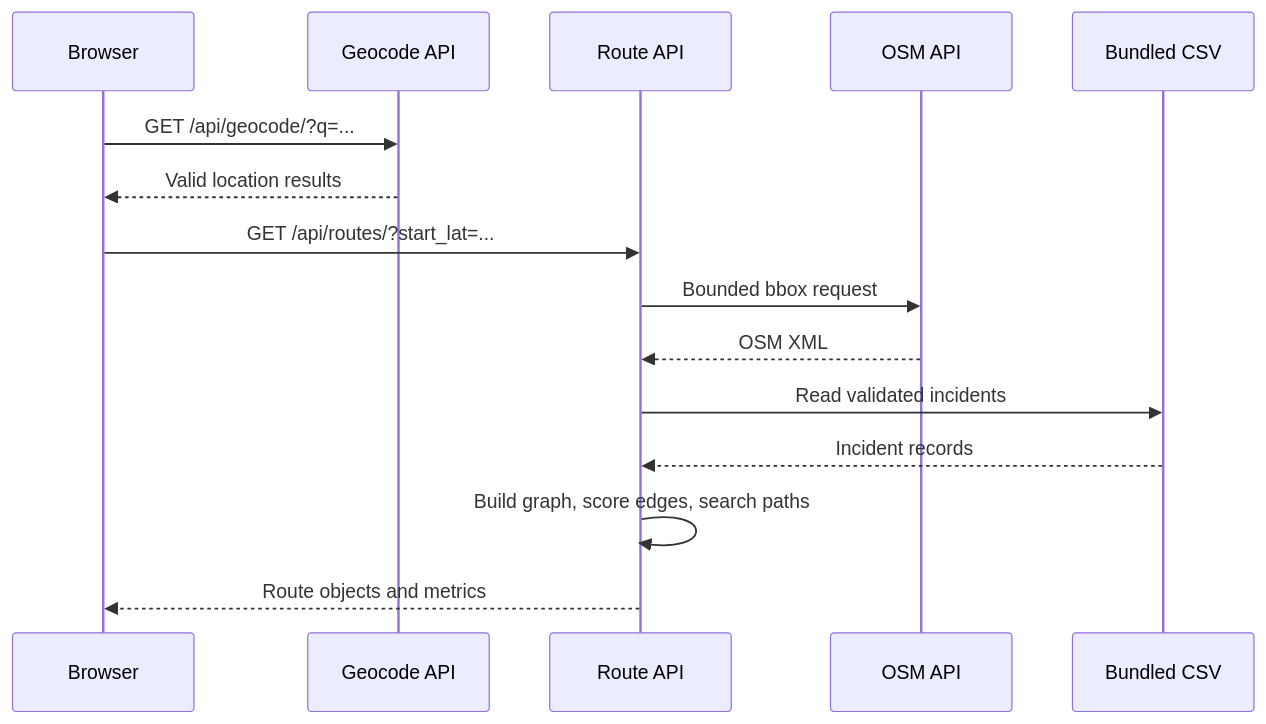
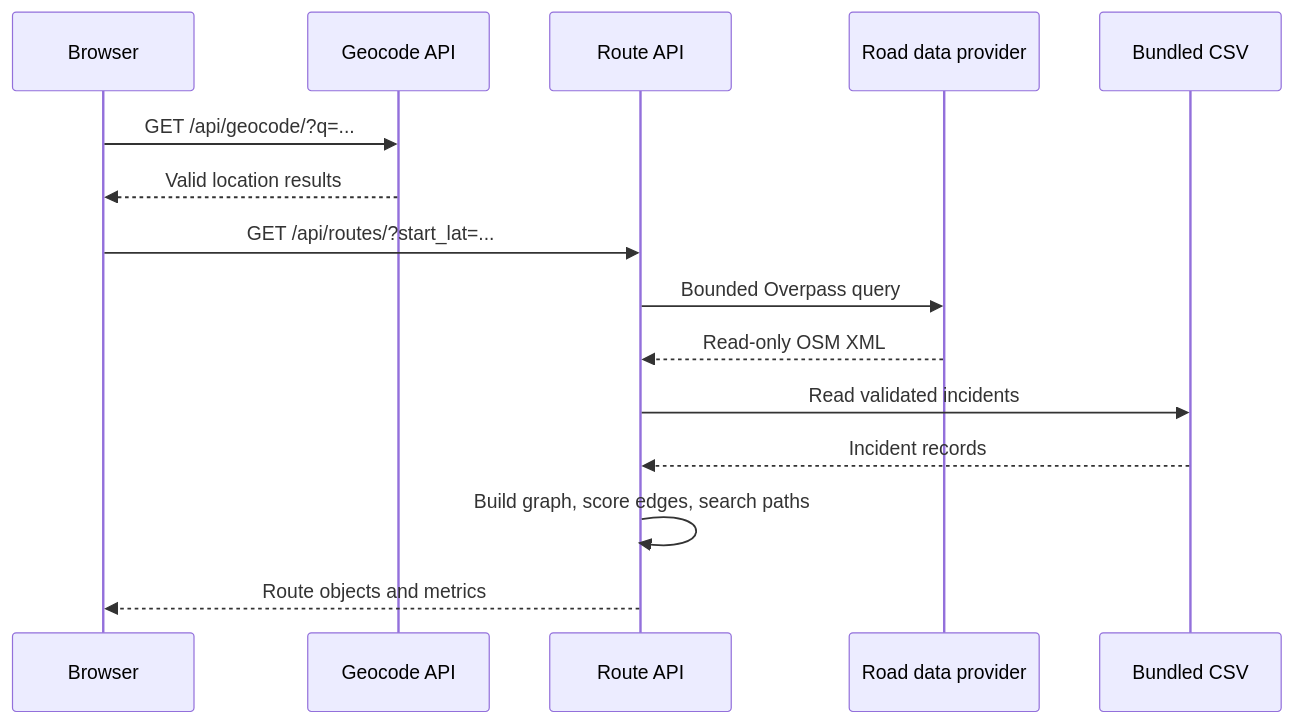
Before and after one commit to K2K22K2K22/SafePath: the fourth of 6 diagrams in docs/ARCHITECTURE.md, drawn with Mermaid. The commit also changed other lines of this file and 12 other files, not shown here.

First line of the commit message:
fix(osm): use a permitted read-only road data source

````diff
--- a/docs/ARCHITECTURE.md
+++ b/docs/ARCHITECTURE.md
@@ -217,18 +217,18 @@
 ```mermaid
 sequenceDiagram
     participant B as Browser
     participant G as Geocode API
     participant R as Route API
-    participant O as OSM API
+    participant O as Road data provider
     participant D as Bundled CSV
 
     B->>G: GET /api/geocode/?q=...
     G-->>B: Valid location results
     B->>R: GET /api/routes/?start_lat=...
-    R->>O: Bounded bbox request
-    O-->>R: OSM XML
+    R->>O: Bounded Overpass query
+    O-->>R: Read-only OSM XML
     R->>D: Read validated incidents
     D-->>R: Incident records
     R->>R: Build graph, score edges, search paths
     R-->>B: Route objects and metrics
 ```
````
